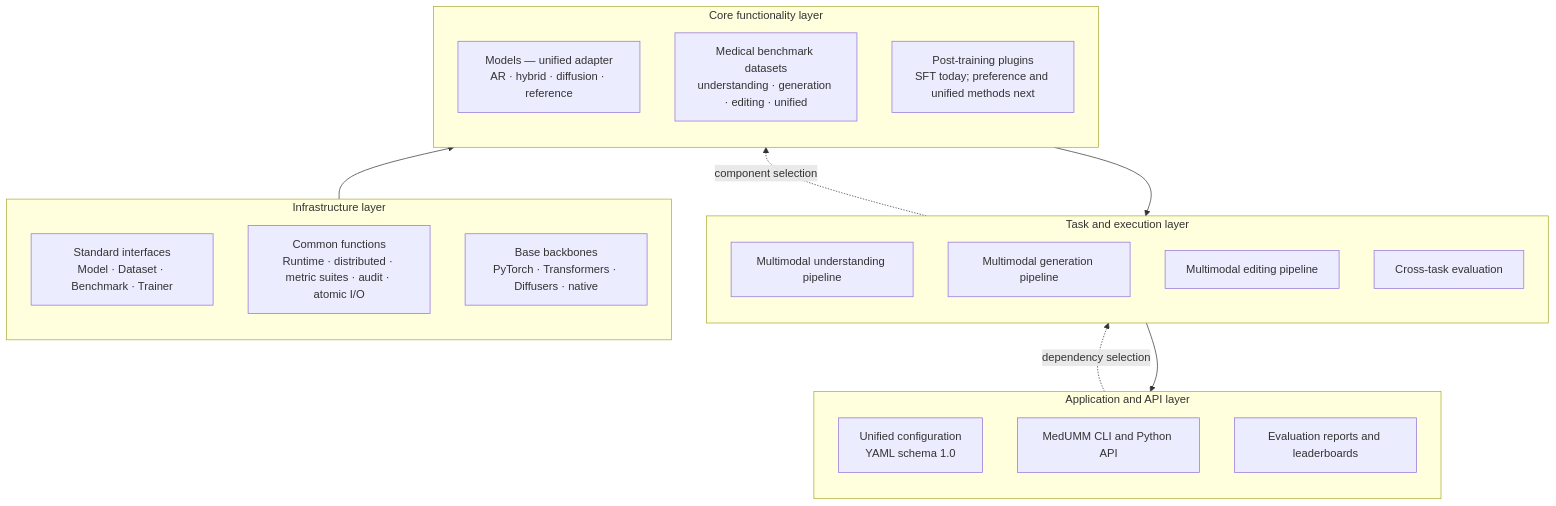
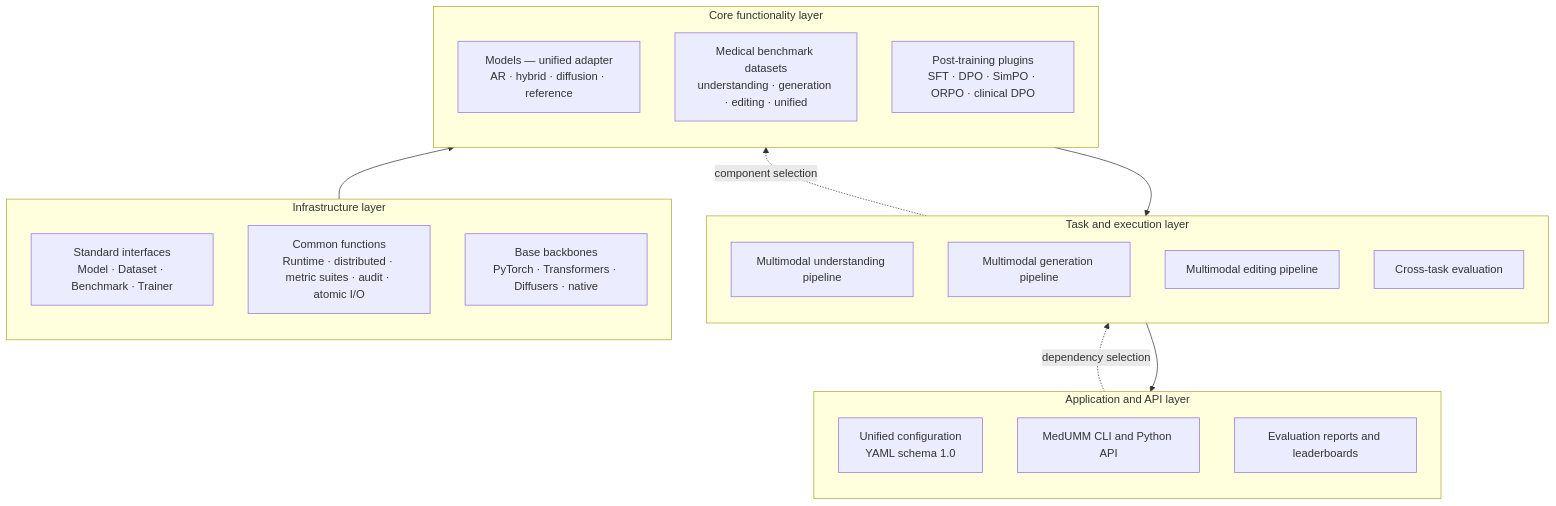
Before and after one commit to lixiangcog/MedUMM: the diagram in docs/architecture.md, drawn with Mermaid. The commit also changed other lines of this file and 28 other files, not shown here.

Commit message:
feat: add advanced medical post-training

````diff
--- a/docs/architecture.md
+++ b/docs/architecture.md
@@ -7,33 +7,33 @@
 ```mermaid
 flowchart BT
   subgraph infra["Infrastructure layer"]
     interfaces["Standard interfaces<br/>Model · Dataset · Benchmark · Trainer"]
     common["Common functions<br/>Runtime · distributed · metric suites · audit · atomic I/O"]
     bases["Base backbones<br/>PyTorch · Transformers · Diffusers · native"]
   end
 
   subgraph core["Core functionality layer"]
     models["Models — unified adapter<br/>AR · hybrid · diffusion · reference"]
     datasets["Medical benchmark datasets<br/>understanding · generation · editing · unified"]
-    training["Post-training plugins<br/>SFT today; preference and unified methods next"]
+    training["Post-training plugins<br/>SFT · DPO · SimPO · ORPO · clinical DPO"]
   end
 
   subgraph tasks["Task and execution layer"]
     understand["Multimodal understanding pipeline"]
     generate["Multimodal generation pipeline"]
     edit["Multimodal editing pipeline"]
     cross["Cross-task evaluation"]
   end
 
   subgraph app["Application and API layer"]
     config["Unified configuration<br/>YAML schema 1.0"]
     api["MedUMM CLI and Python API"]
     reports["Evaluation reports and leaderboards"]
   end
 
   infra --> core
   core --> tasks
   tasks --> app
   app -. "dependency selection" .-> tasks
   tasks -. "component selection" .-> core
 ```
````
